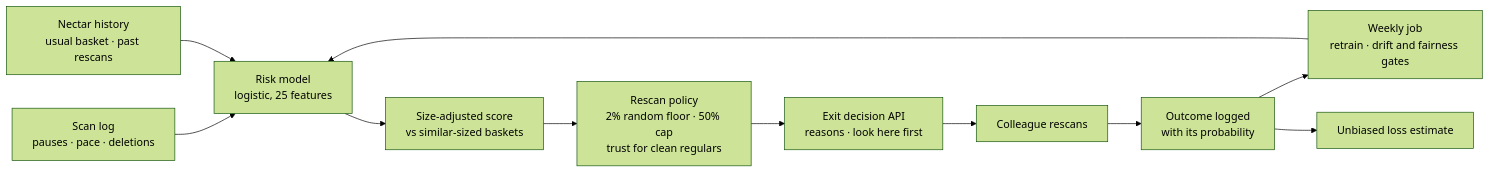
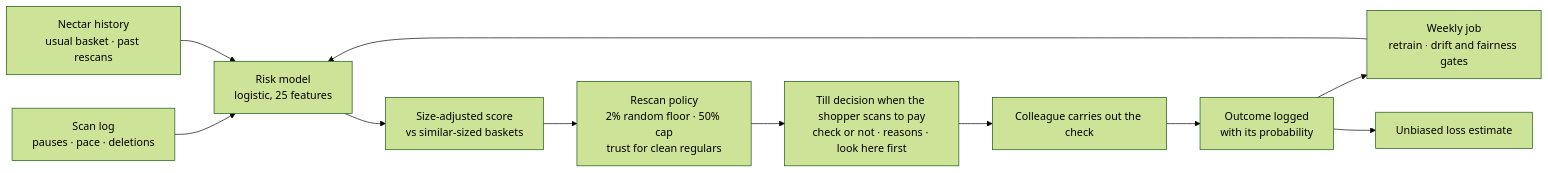
The diagram in README.md (TilakHeble/smartshop-loss-engine), drawn with Mermaid (forest theme) before and after one commit. The commit also changed other lines of this file and 4 other files, not shown here.

First line of the commit message:
Wording: the till decides whether to check; a colleague carries out the check

````diff
--- a/README.md
+++ b/README.md
@@ -43,13 +43,13 @@
 ```mermaid
 flowchart LR
     A["Scan log<br/>pauses · pace · deletions"] --> R["Risk model<br/>logistic, 25 features"]
     H["Nectar history<br/>usual basket · past rescans"] --> R
     R --> S["Size-adjusted score<br/>vs similar-sized baskets"]
     S --> P["Rescan policy<br/>2% random floor · 50% cap<br/>trust for clean regulars"]
-    P --> D["Exit decision API<br/>reasons · look here first"]
-    D --> C["Colleague rescans"]
+    P --> D["Till decision when the shopper scans to pay<br/>check or not · reasons · look here first"]
+    D --> C["Colleague carries out the check"]
     C --> L["Outcome logged<br/>with its probability"]
     L --> W["Weekly job<br/>retrain · drift and fairness gates"]
     L --> M["Unbiased loss estimate"]
     W --> R
 ```
````
